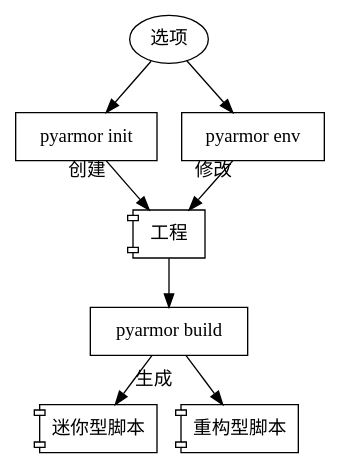
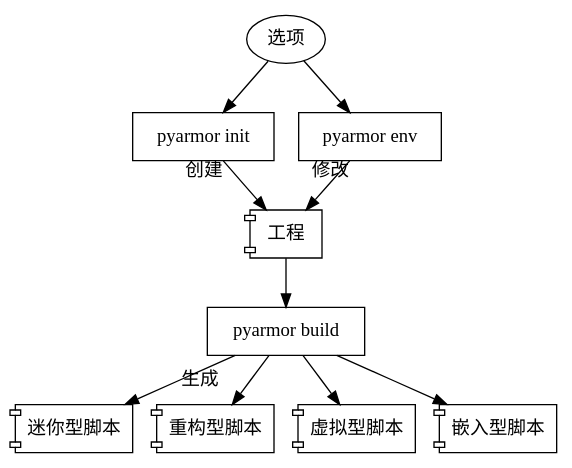
Before and after one commit to dashingsoft/dashingsoft.github.io: the third of 3 diagrams in pyarmor/docs/zh/user/concepts.rst, drawn with Graphviz. The commit also changed other lines of this file and 7 other files, not shown here.

```diff
--- a/pyarmor/docs/zh/user/concepts.rst
+++ b/pyarmor/docs/zh/user/concepts.rst
@@ -98,28 +211,32 @@
 .. graphviz::
    :align: center
    :caption: 功能关系图
    :name: command-relation-graph
 
    digraph Structure {
 
      P1 [label="工程" shape=component]
 
      C1 [label="pyarmor init" shape=rect]
      C2 [label="pyarmor env" shape=rect]
      C3 [label="pyarmor build" shape=rect]
 
      X1 [label="选项"]
 
      S1 [label="迷你型脚本" shape=component]
      S2 [label="重构型脚本" shape=component]
+     S3 [label="虚拟型脚本" shape=component]
+     S4 [label="嵌入型脚本" shape=component]
 
      X1->C1
      C1->P1 [taillabel="创建"]
 
      X1->C2
      C2->P1 [taillabel="修改"]
 
      P1->C3
      C3->S1 [label="生成" labelfloat=true]
      C3->S2
+     C3->S3
+     C3->S4
    }
```
